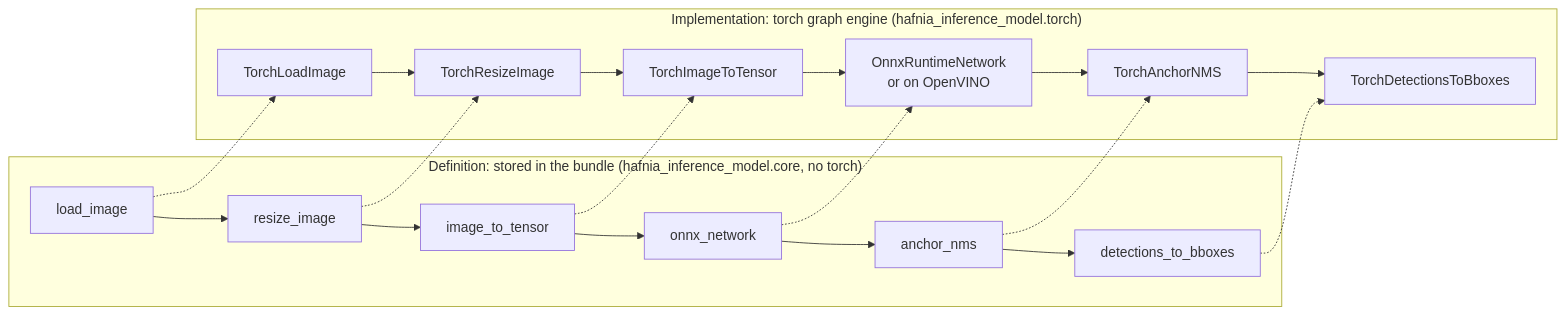
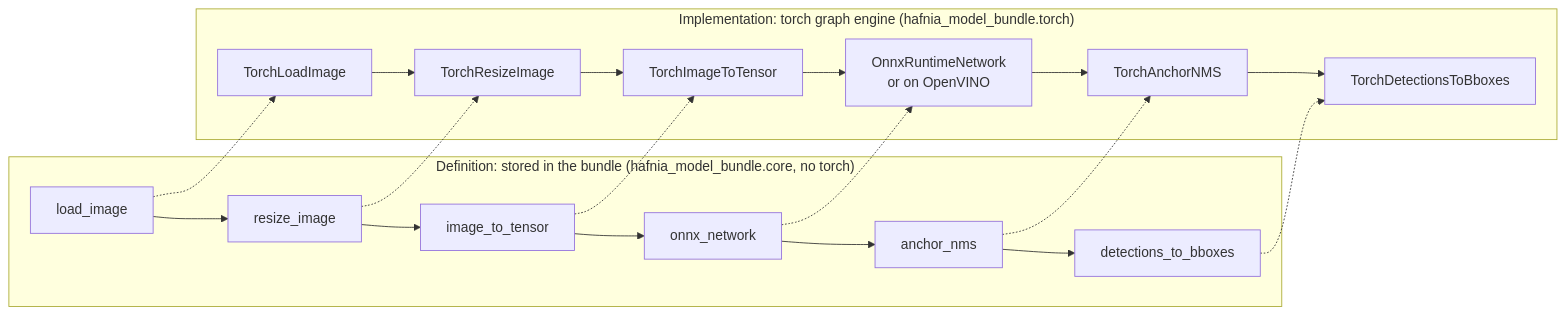
The diagram in README.md (milestone-hafnia/hafnia-inference-model), drawn with Mermaid before and after one commit. The commit also changed other lines of this file and 100 other files, not shown here.

First line of the commit message:
Rename the library to hafnia-model-bundle

````diff
--- a/README.md
+++ b/README.md
@@ -18,15 +18,15 @@
 ```mermaid
 flowchart LR
-    subgraph definition["Definition: stored in the bundle (hafnia_inference_model.core, no torch)"]
+    subgraph definition["Definition: stored in the bundle (hafnia_model_bundle.core, no torch)"]
         d1[load_image] --> d2[resize_image] --> d3[image_to_tensor] --> d4[onnx_network] --> d5[anchor_nms] --> d6[detections_to_bboxes]
     end
-    subgraph implementation["Implementation: torch graph engine (hafnia_inference_model.torch)"]
+    subgraph implementation["Implementation: torch graph engine (hafnia_model_bundle.torch)"]
         i1[TorchLoadImage] --> i2[TorchResizeImage] --> i3[TorchImageToTensor] --> i4["OnnxRuntimeNetwork<br/>or on OpenVINO"] --> i5[TorchAnchorNMS] --> i6[TorchDetectionsToBboxes]
     end
     d1 -.-> i1
     d2 -.-> i2
     d3 -.-> i3
     d4 -.-> i4
     d5 -.-> i5
     d6 -.-> i6
 ```
````
